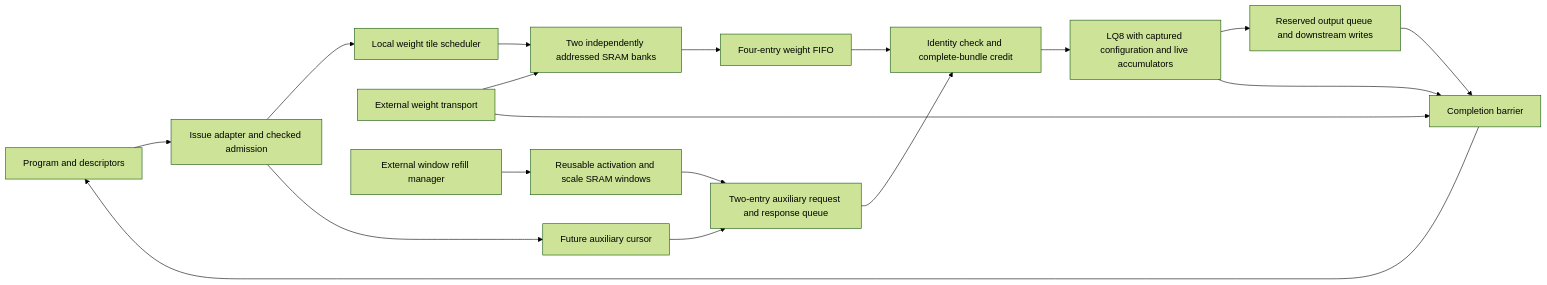
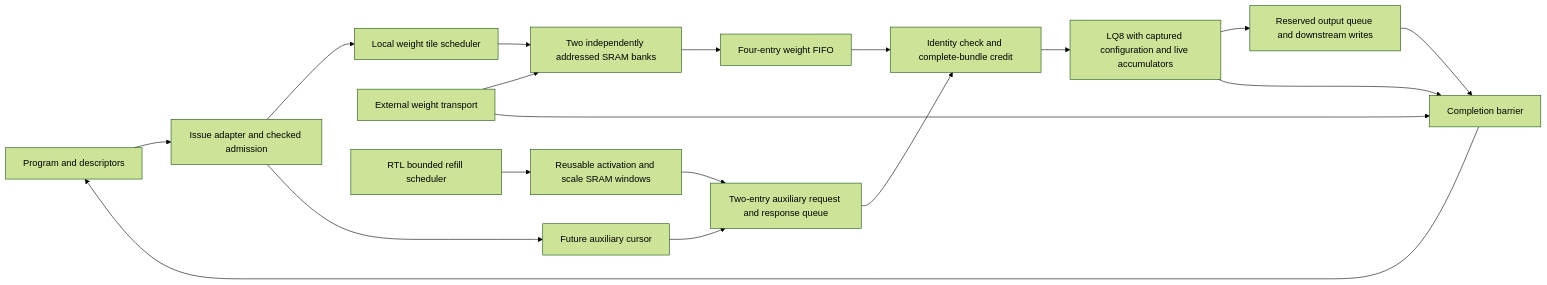
One commit to bojieli/OpenTallas changed the diagram in docs/REFINED_ARCHITECTURE_AND_OPTIMIZATION_REPORT.md. Above: the diagram before and after it, drawn with Mermaid (forest theme). The commit also changed other lines of this file and 11 other files, not shown here.

Commit message:
Schedule bounded auxiliary refills in RTL and propagate service faults through G2

````diff
--- a/docs/REFINED_ARCHITECTURE_AND_OPTIMIZATION_REPORT.md
+++ b/docs/REFINED_ARCHITECTURE_AND_OPTIMIZATION_REPORT.md
@@ -61,20 +61,20 @@
 ```mermaid
 flowchart LR
     P[Program and descriptors] --> A[Issue adapter and checked admission]
     A --> S[Local weight tile scheduler]
     T[External weight transport] --> B[Two independently addressed SRAM banks]
     S --> B
     B --> F[Four-entry weight FIFO]
     A --> C[Future auxiliary cursor]
     C --> Q[Two-entry auxiliary request and response queue]
     X[Reusable activation and scale SRAM windows] --> Q
-    E[External window refill manager] --> X
+    E[RTL bounded refill scheduler] --> X
     F --> J[Identity check and complete-bundle credit]
     Q --> J
     J --> L[LQ8 with captured configuration and live accumulators]
     L --> W[Reserved output queue and downstream writes]
     L --> D[Completion barrier]
     W --> D
     T --> D
     D --> P
 ```
````
